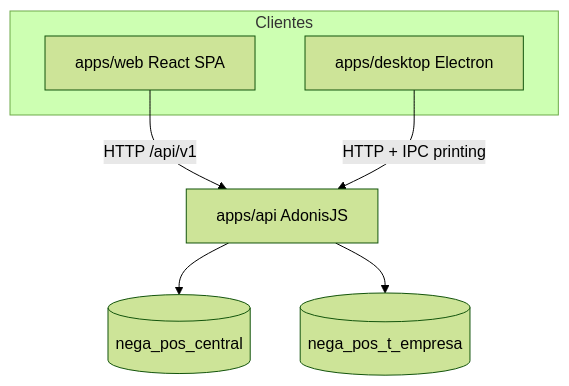
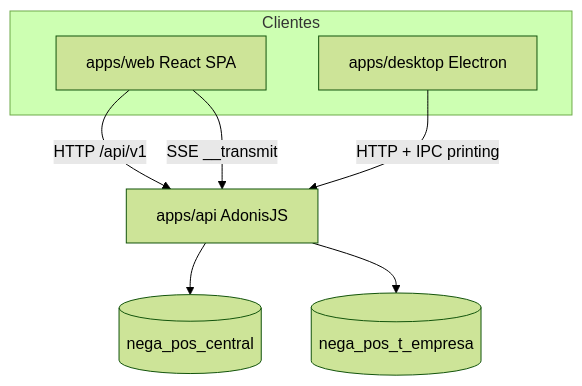
The diagram in DOCUMENTACION_OFICIAL.md (Greimer29/nega-pos), drawn with Mermaid (forest theme) before and after one commit. The commit also changed other lines of this file and 40 other files, not shown here.

First line of the commit message:
feat: sincronizar multi-caja en tiempo real con Transmit SSE

````diff
--- a/DOCUMENTACION_OFICIAL.md
+++ b/DOCUMENTACION_OFICIAL.md
@@ -52,14 +52,15 @@
 ```mermaid
 flowchart TB
   subgraph clients [Clientes]
     Web[apps/web React SPA]
     Desktop[apps/desktop Electron]
   end
   API[apps/api AdonisJS]
   Central[(nega_pos_central)]
   TenantA[(nega_pos_t_empresa)]
   Web -->|HTTP /api/v1| API
+  Web -->|SSE __transmit| API
   Desktop -->|HTTP + IPC printing| API
   API --> Central
   API --> TenantA
 ```
````
